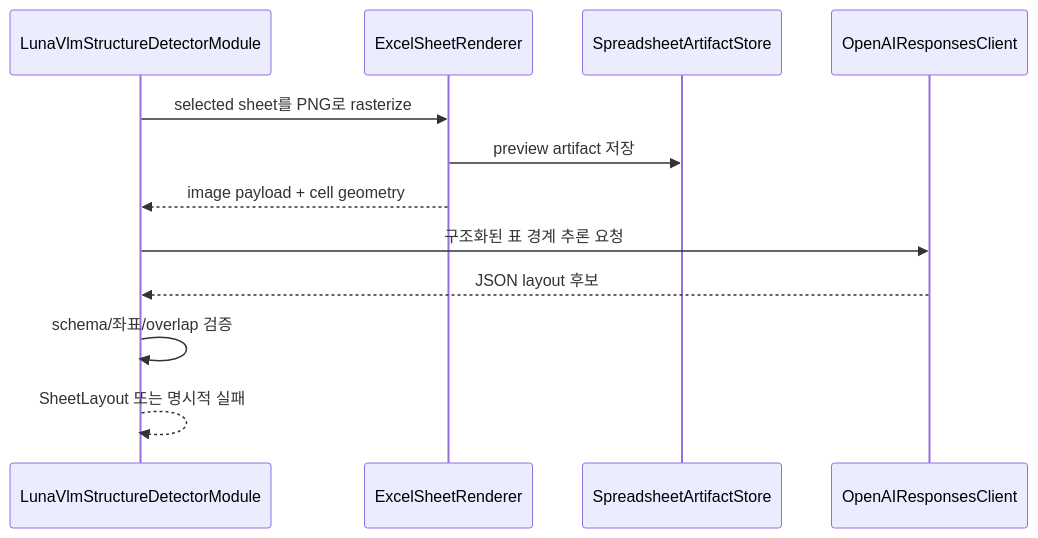
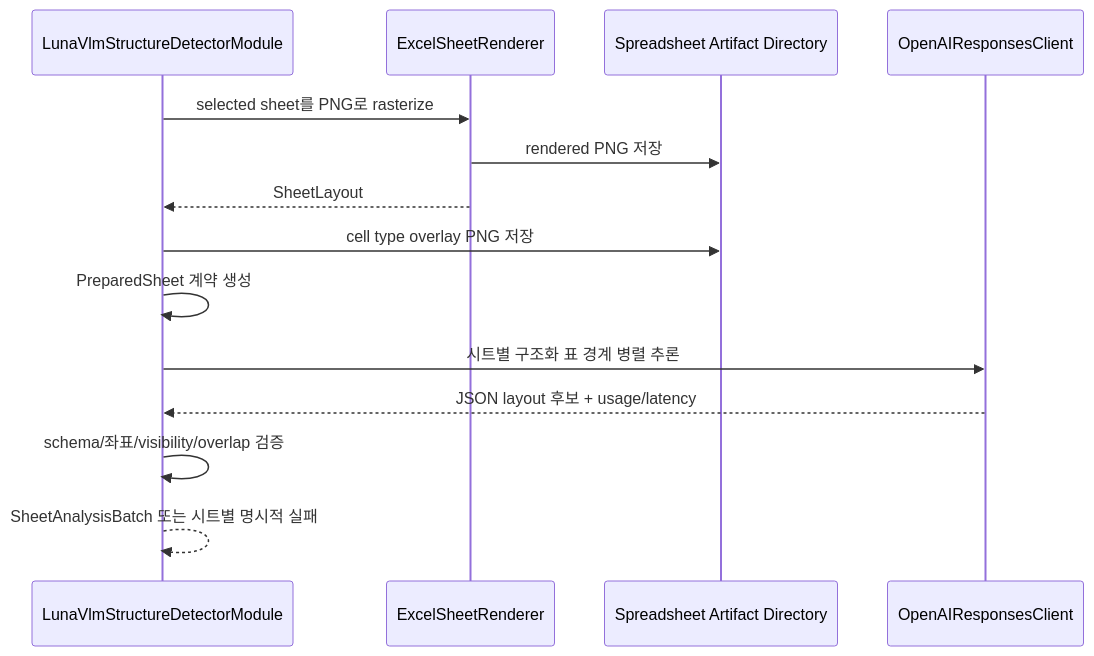
One commit to bist-mini-final/bist-mini-final changed the diagram in docs/blueprints/02_data_engine_blueprints/BP-202_luna_vlm_vision_detector.md. Above: the diagram before and after it, drawn with Mermaid. The commit also changed other lines of this file and 14 other files, not shown here.

````diff
--- a/docs/blueprints/02_data_engine_blueprints/BP-202_luna_vlm_vision_detector.md
+++ b/docs/blueprints/02_data_engine_blueprints/BP-202_luna_vlm_vision_detector.md
@@ -17,15 +17,17 @@
 ```mermaid
 sequenceDiagram
     participant Module as LunaVlmStructureDetectorModule
     participant Renderer as ExcelSheetRenderer
-    participant Store as SpreadsheetArtifactStore
+    participant Artifact as Spreadsheet Artifact Directory
     participant Vision as OpenAIResponsesClient
 
     Module->>Renderer: selected sheet를 PNG로 rasterize
-    Renderer->>Store: preview artifact 저장
-    Renderer-->>Module: image payload + cell geometry
-    Module->>Vision: 구조화된 표 경계 추론 요청
-    Vision-->>Module: JSON layout 후보
-    Module->>Module: schema/좌표/overlap 검증
-    Module-->>Module: SheetLayout 또는 명시적 실패
+    Renderer->>Artifact: rendered PNG 저장
+    Renderer-->>Module: SheetLayout
+    Module->>Artifact: cell type overlay PNG 저장
+    Module->>Module: PreparedSheet 계약 생성
+    Module->>Vision: 시트별 구조화 표 경계 병렬 추론
+    Vision-->>Module: JSON layout 후보 + usage/latency
+    Module->>Module: schema/좌표/visibility/overlap 검증
+    Module-->>Module: SheetAnalysisBatch 또는 시트별 명시적 실패
 ```
````
